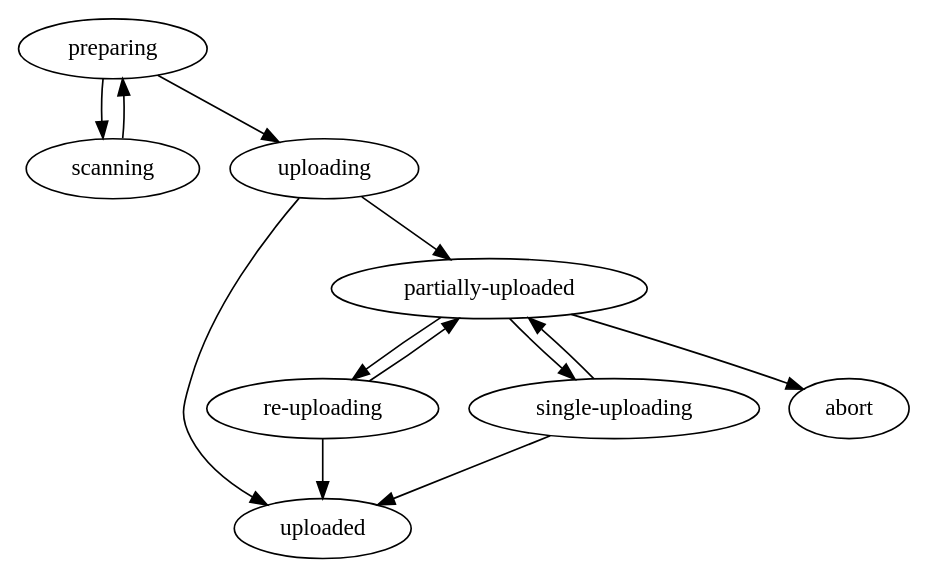
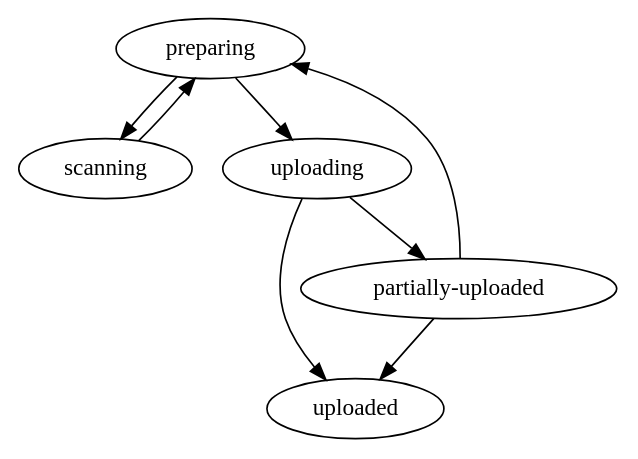
The diagram in server/src/main/resources/webroot/portal-reception/scan/states.dot (hangilc/myclinic-vertx), drawn with Graphviz before and after one commit. The commit also changed 3 other files, not shown here.

```diff
--- a/server/src/main/resources/webroot/portal-reception/scan/states.dot
+++ b/server/src/main/resources/webroot/portal-reception/scan/states.dot
@@ -1,14 +1,9 @@
 digraph scan {
 	preparing -> scanning
 	preparing -> uploading
 	scanning -> preparing
 	uploading -> uploaded
 	uploading -> "partially-uploaded"
-	"partially-uploaded" -> "re-uploading"
-	"partially-uploaded" -> "single-uploading"
-	"partially-uploaded" -> abort
-	"re-uploading" -> uploaded
-	"re-uploading" -> "partially-uploaded"
-	"single-uploading" -> uploaded
-	"single-uploading" -> "partially-uploaded"
+	"partially-uploaded" -> uploaded
+	"partially-uploaded" -> preparing
 }
```
